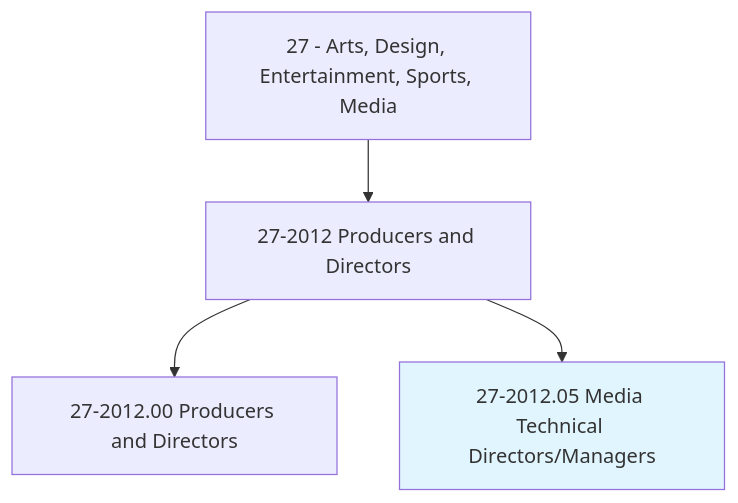
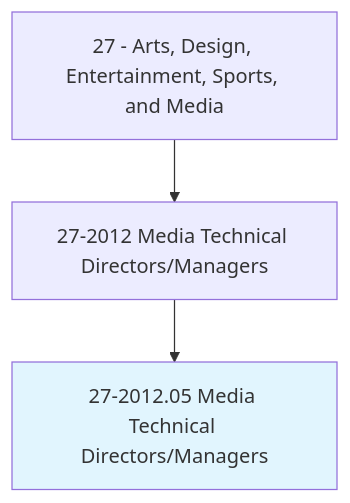
The first of 4 diagrams in occupations/ArtsMedia/MediaTechnicalDirectorsManagers.mdx (kziemski/business.org.ai), drawn with Mermaid before and after one commit. The commit also changed other lines of this file and 938 other files, not shown here.

````diff
--- a/occupations/ArtsMedia/MediaTechnicalDirectorsManagers.mdx
+++ b/occupations/ArtsMedia/MediaTechnicalDirectorsManagers.mdx
@@ -19,7 +23,6 @@
 ```mermaid
 graph TD
-    Cat27["27 - Arts, Design, Entertainment, Sports, Media"] --> Group272012["27-2012 Producers and Directors"]
-    Group272012 --> Base["27-2012.00 Producers and Directors"]
+    Cat27["27 - Arts, Design, Entertainment, Sports, and Media"] --> Group272012["27-2012 Media Technical Directors/Managers"]
     Group272012 --> Current["27-2012.05 Media Technical Directors/Managers"]
     style Current fill:#e1f5fe
 ```
````
